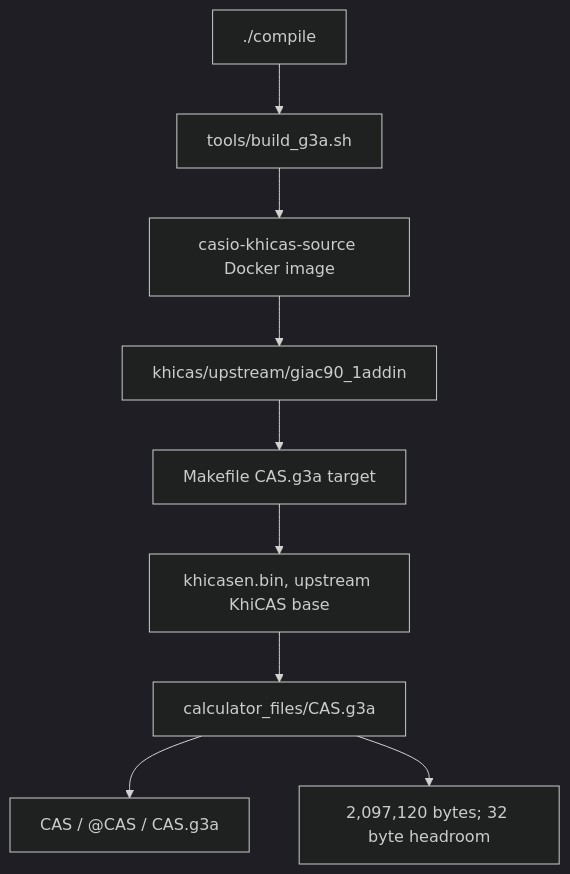
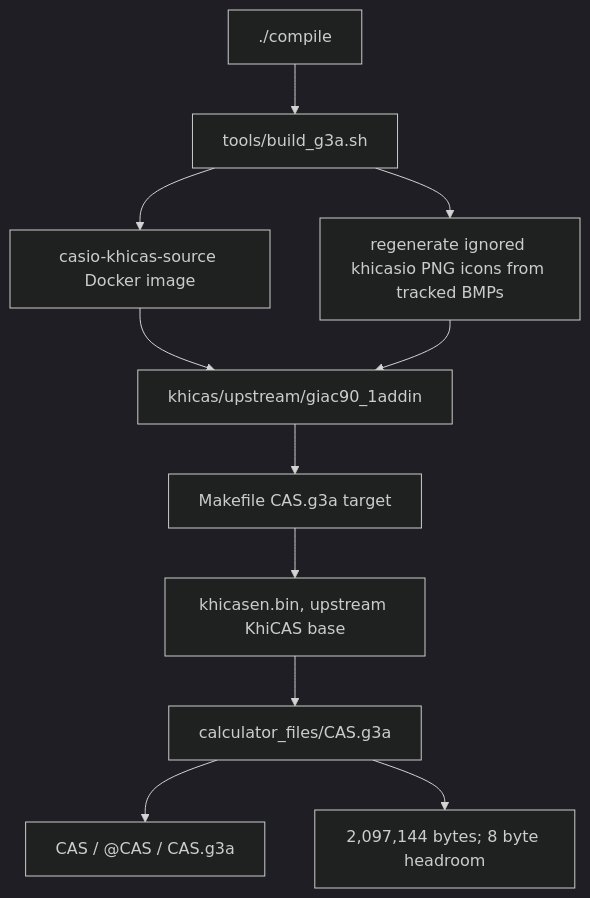
One commit to james8464/notes-addin-casio-fx-cg50 changed the first of 6 diagrams in docs/GRAPH.md. Above: the diagram before and after it, drawn with Mermaid (dark theme). The commit also changed other lines of this file and 4 other files, not shown here.

````diff
--- a/docs/GRAPH.md
+++ b/docs/GRAPH.md
@@ -7,11 +7,13 @@
 ```mermaid
 graph TD
   Compile["./compile"] --> Build["tools/build_g3a.sh"]
   Build --> Docker["casio-khicas-source Docker image"]
   Docker --> Src["khicas/upstream/giac90_1addin"]
+  Build --> Icons["regenerate ignored khicasio PNG icons from tracked BMPs"]
+  Icons --> Src
   Src --> Make["Makefile CAS.g3a target"]
   Make --> Bin["khicasen.bin, upstream KhiCAS base"]
   Bin --> G3A["calculator_files/CAS.g3a"]
   G3A --> Meta["CAS / @CAS / CAS.g3a"]
-  G3A --> Size["2,097,120 bytes; 32 byte headroom"]
+  G3A --> Size["2,097,144 bytes; 8 byte headroom"]
 ```
````
